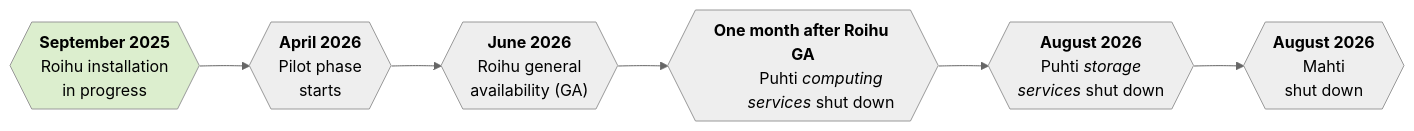
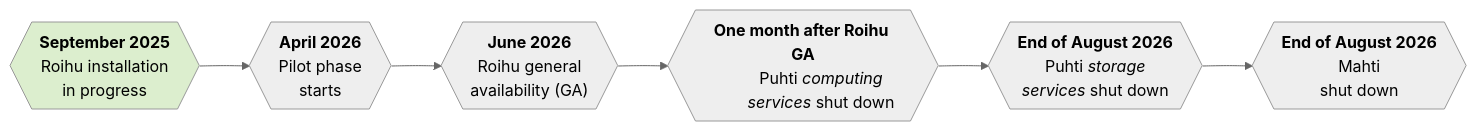
Before and after one commit to CSCfi/csc-user-guide: the diagram in docs/computing/systems-roihu.md, drawn with Mermaid (neutral theme). The commit also changed other lines of this file, not shown here.

````diff
--- a/docs/computing/systems-roihu.md
+++ b/docs/computing/systems-roihu.md
@@ -11,22 +11,22 @@
 ```mermaid
 graph LR;
     A{{"<b>September 2025</b>
         Roihu installation
         in progress"}} --> B;
     B{{"<b>April 2026</b>
         Pilot phase
         starts"}} --> C;
     C{{"<b>June 2026</b>
         Roihu general
         availability (GA)"}} --> D;
     D{{"<b>One month after Roihu GA</b>
         Puhti <i>computing
         services</i> shut down"}} --> E;
-    E{{"<b>August 2026</b>
+    E{{"<b>End of August 2026</b>
         Puhti <i>storage
         services</i> shut down"}} --> F;
-    F{{"<b>August 2026</b>
+    F{{"<b>End of August 2026</b>
         Mahti
         shut down"}}
     style A fill:#dceeceff;
 ```
````
